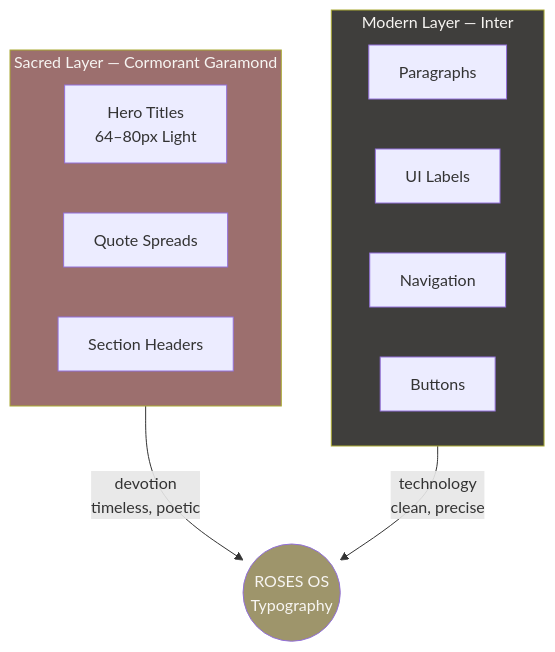
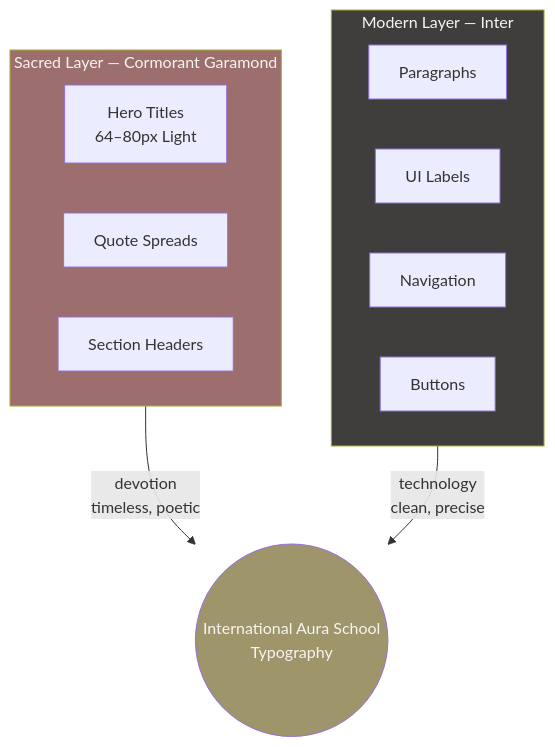
One commit to Light-Brands/roses-os changed diagram 23 of 27 in docs/brand/brand-dna.md. Above: the diagram before and after it, drawn with Mermaid. The commit also changed other lines of this file and 79 other files, not shown here.

First line of the commit message:
Rename ROSES OS to International Aura School across entire codebase

````diff
--- a/docs/brand/brand-dna.md
+++ b/docs/brand/brand-dna.md
@@ -1527,22 +1527,22 @@
 ```mermaid
 graph TD
     subgraph SACRED["Sacred Layer — Cormorant Garamond"]
         HT["Hero Titles<br/>64–80px Light"]
         QS["Quote Spreads"]
         SH["Section Headers"]
     end
 
     subgraph MODERN["Modern Layer — Inter"]
         PARA["Paragraphs"]
         UI["UI Labels"]
         NAV["Navigation"]
         BTN["Buttons"]
     end
 
-    SACRED -->|"devotion<br/>timeless, poetic"| BRAND((ROSES OS<br/>Typography))
+    SACRED -->|"devotion<br/>timeless, poetic"| BRAND((International Aura School<br/>Typography))
     MODERN -->|"technology<br/>clean, precise"| BRAND
 
     style SACRED fill:#9C6F6E,color:#F7F5F2
     style MODERN fill:#3F3E3C,color:#F7F5F2
     style BRAND fill:#9E956B,color:#F7F5F2
 ```
````
